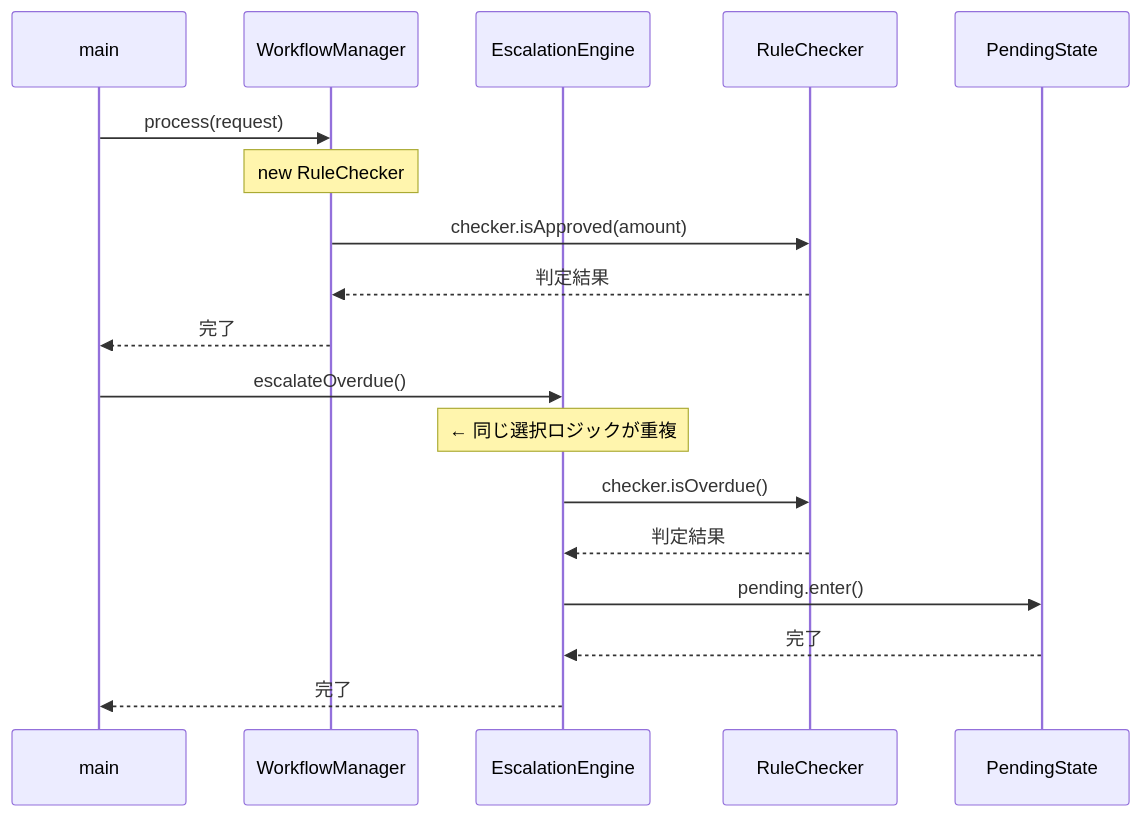
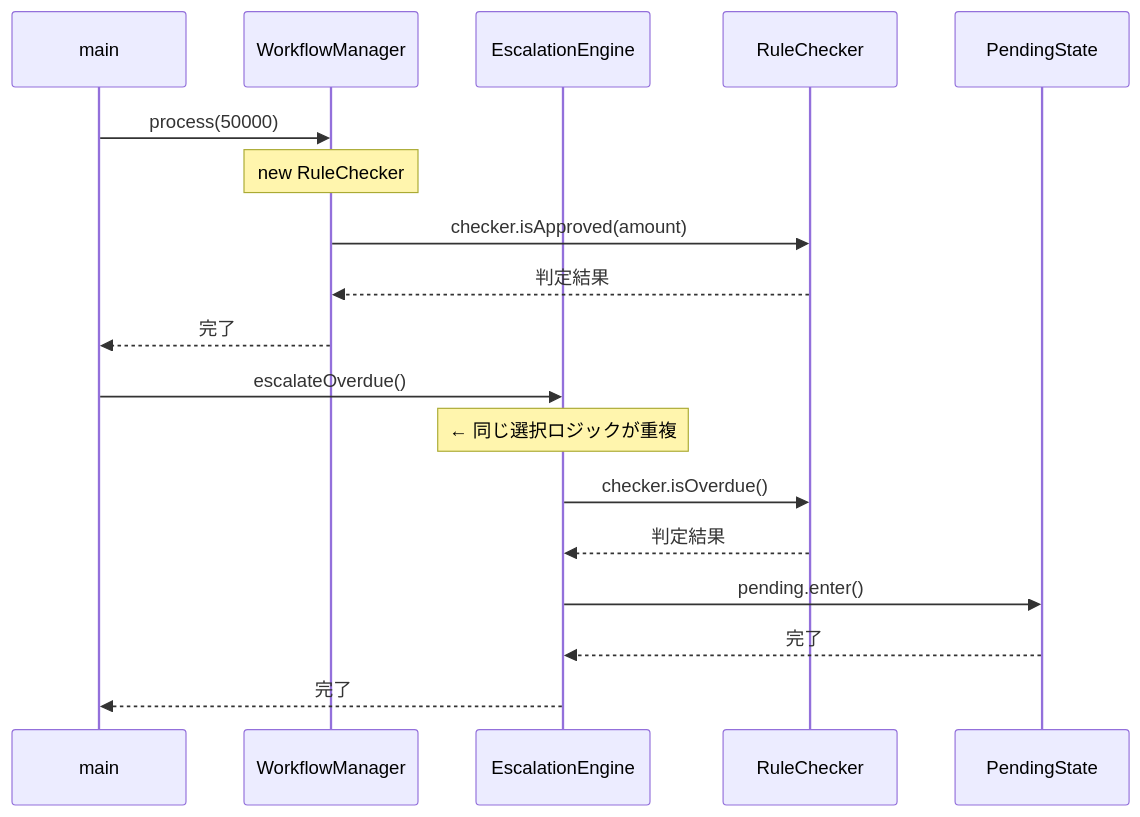
Before and after one commit to kumachan1101-pixel/DesignPattern: the seventh of 14 diagrams in kindle/design-patterns/output/chapter12.md, drawn with Mermaid. The commit also changed other lines of this file and 2 other files, not shown here.

````diff
--- a/kindle/design-patterns/output/chapter12.md
+++ b/kindle/design-patterns/output/chapter12.md
@@ -552,20 +648,20 @@
 ```mermaid
 sequenceDiagram
     participant main
     participant WM as WorkflowManager
     participant EE as EscalationEngine
     participant RC as RuleChecker
     participant PS as PendingState
-    main->>WM: process(request)
+    main->>WM: process(50000)
     Note over WM: new RuleChecker
     WM->>RC: checker.isApproved(amount)
     RC-->>WM: 判定結果
     WM-->>main: 完了
     main->>EE: escalateOverdue()
     Note over EE: ← 同じ選択ロジックが重複
     EE->>RC: checker.isOverdue()
     RC-->>EE: 判定結果
     EE->>PS: pending.enter()
     PS-->>EE: 完了
     EE-->>main: 完了
 ```
````
